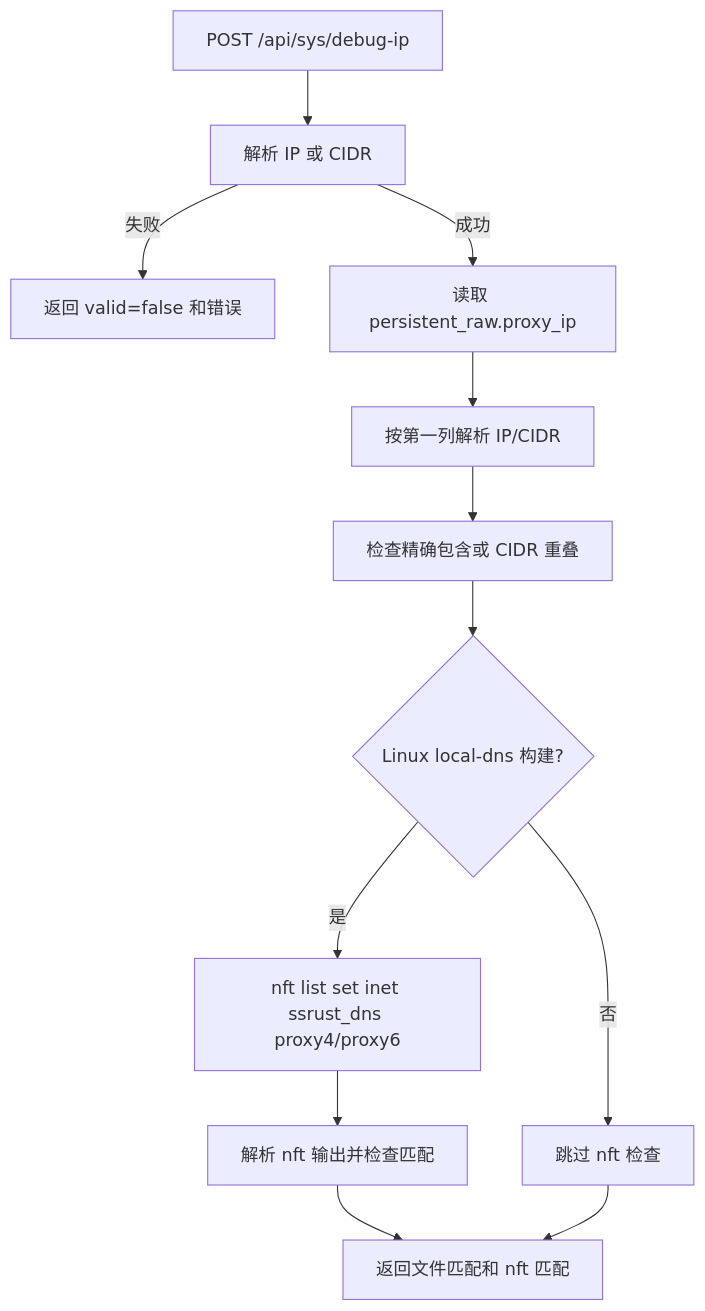
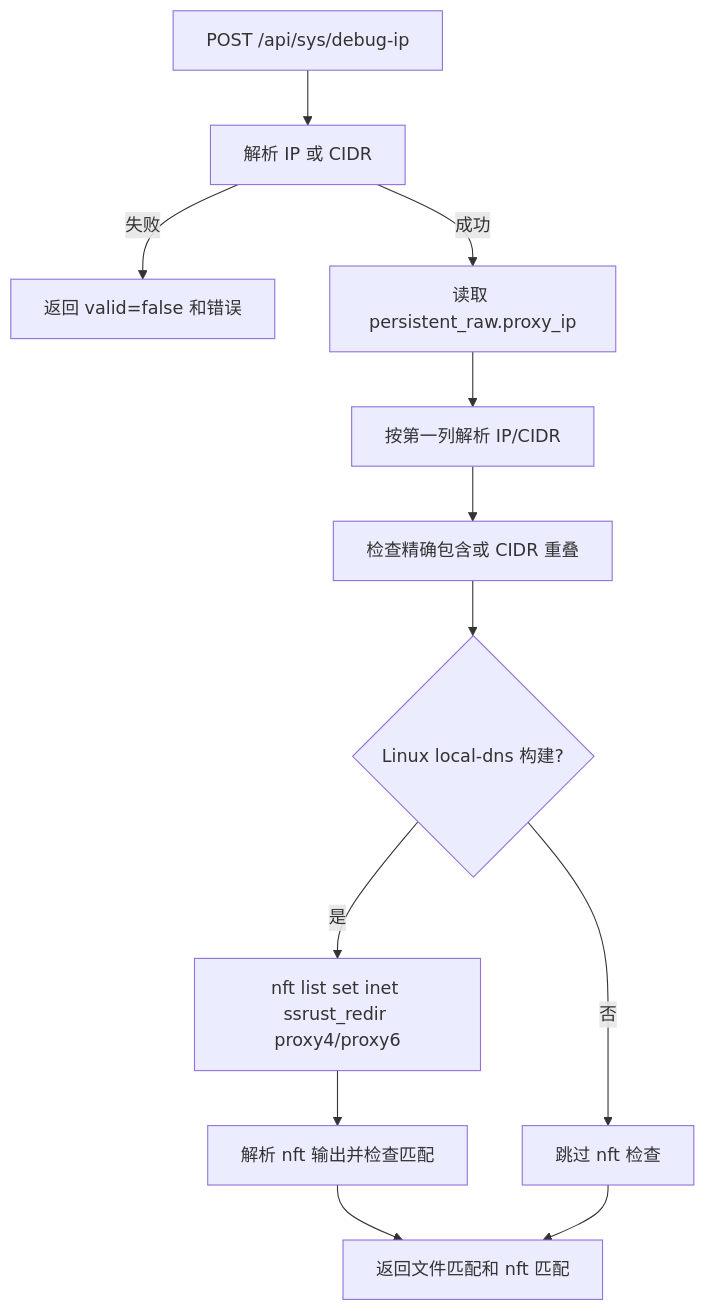
One commit to xiedeacc/shadowsocks-rust changed the ninth of 14 diagrams in routing.md. Above: the diagram before and after it, drawn with Mermaid. The commit also changed other lines of this file and 7 other files, not shown here.

````diff
--- a/routing.md
+++ b/routing.md
@@ -777,14 +775,14 @@
 ```mermaid
 flowchart TD
     A[POST /api/sys/debug-ip] --> B[解析 IP 或 CIDR]
     B -- 失败 --> C[返回 valid=false 和错误]
     B -- 成功 --> D[读取 persistent_raw.proxy_ip]
     D --> E[按第一列解析 IP/CIDR]
     E --> F[检查精确包含或 CIDR 重叠]
     F --> G{Linux local-dns 构建?}
-    G -- 是 --> H[nft list set inet ssrust_dns proxy4/proxy6]
+    G -- 是 --> H[nft list set inet ssrust_redir proxy4/proxy6]
     H --> I[解析 nft 输出并检查匹配]
     G -- 否 --> J[跳过 nft 检查]
     I --> K[返回文件匹配和 nft 匹配]
     J --> K
 ```
````
